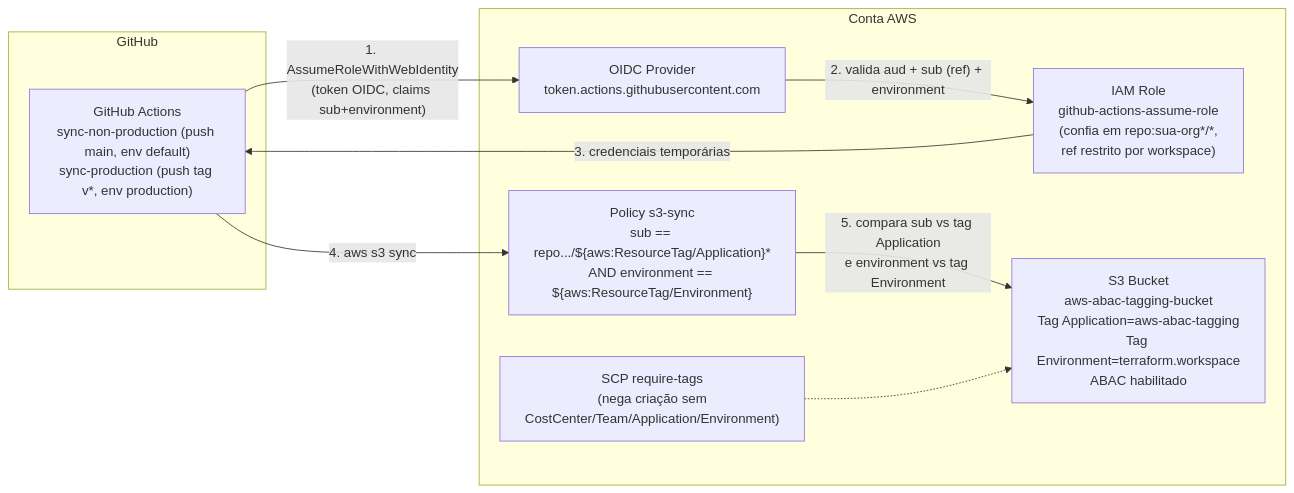
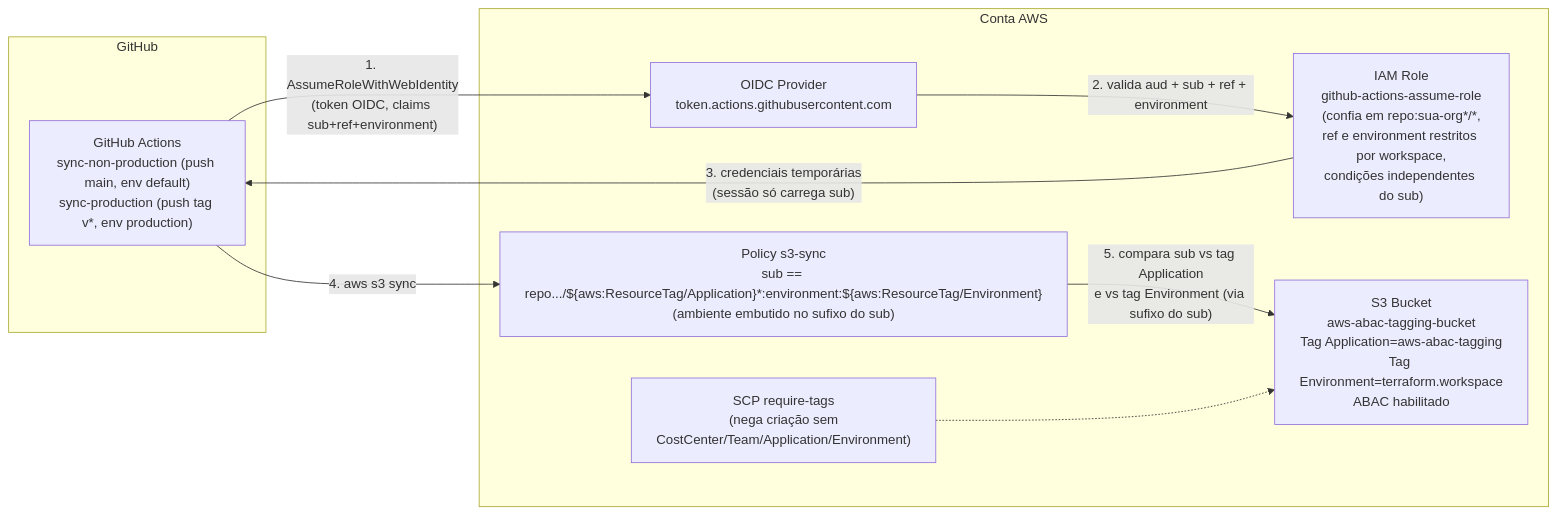
The diagram in README.md (lays147/aws-abac-tagging), drawn with Mermaid before and after one commit. The commit also changed other lines of this file and 3 other files, not shown here.

First line of the commit message:
fix: correct sub/ref/environment OIDC claim handling in ABAC policies

````diff
--- a/README.md
+++ b/README.md
@@ -95,21 +121,21 @@
 ```mermaid
 flowchart LR
     subgraph GH["GitHub"]
         WF["GitHub Actions\nsync-non-production (push main, env default)\nsync-production (push tag v*, env production)"]
     end
 
     subgraph AWS["Conta AWS"]
         OIDC["OIDC Provider\ntoken.actions.githubusercontent.com"]
-        ROLE["IAM Role\ngithub-actions-assume-role\n(confia em repo:sua-org*/*,\nref restrito por workspace)"]
-        POLICY["Policy s3-sync\nsub == repo.../${aws:ResourceTag/Application}*\nAND environment == ${aws:ResourceTag/Environment}"]
+        ROLE["IAM Role\ngithub-actions-assume-role\n(confia em repo:sua-org*/*,\nref e environment restritos por workspace,\ncondições independentes do sub)"]
+        POLICY["Policy s3-sync\nsub == repo.../${aws:ResourceTag/Application}*:environment:${aws:ResourceTag/Environment}\n(ambiente embutido no sufixo do sub)"]
         BUCKET["S3 Bucket\naws-abac-tagging-bucket\nTag Application=aws-abac-tagging\nTag Environment=terraform.workspace\nABAC habilitado"]
         SCP["SCP require-tags\n(nega criação sem\nCostCenter/Team/Application/Environment)"]
     end
 
-    WF -- "1. AssumeRoleWithWebIdentity\n(token OIDC, claims sub+environment)" --> OIDC
-    OIDC -- "2. valida aud + sub (ref) + environment" --> ROLE
-    ROLE -- "3. credenciais temporárias" --> WF
+    WF -- "1. AssumeRoleWithWebIdentity\n(token OIDC, claims sub+ref+environment)" --> OIDC
+    OIDC -- "2. valida aud + sub + ref + environment" --> ROLE
+    ROLE -- "3. credenciais temporárias\n(sessão só carrega sub)" --> WF
     WF -- "4. aws s3 sync" --> POLICY
-    POLICY -- "5. compara sub vs tag Application\ne environment vs tag Environment" --> BUCKET
+    POLICY -- "5. compara sub vs tag Application\ne vs tag Environment (via sufixo do sub)" --> BUCKET
     SCP -.-> BUCKET
 ```
````
